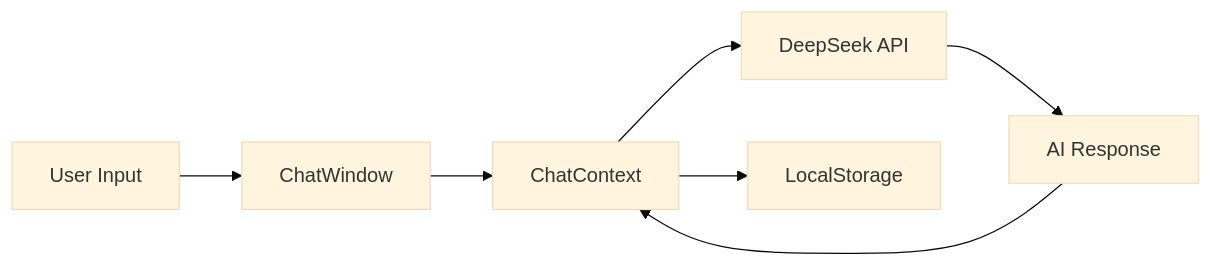
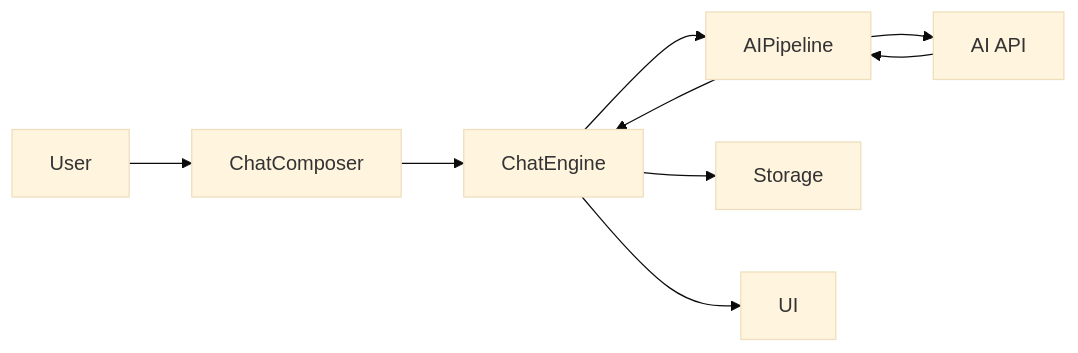
The diagram in README.md (Luckycat133/Chat_Buddy), drawn with Mermaid (base theme) before and after one commit. The commit also changed other lines of this file and 115 other files, not shown here.

````diff
--- a/README.md
+++ b/README.md
@@ -188,9 +183,11 @@
 ```mermaid
 graph LR
-    A[User Input] --> B[ChatWindow]
-    B --> C[ChatContext]
-    C --> D[DeepSeek API]
-    D --> E[AI Response]
-    E --> C
-    C --> F[LocalStorage]
+    A[User] --> B[ChatComposer]
+    B --> C[ChatEngine]
+    C --> D[AIPipeline]
+    D --> E[AI API]
+    E --> D
+    D --> C
+    C --> F[Storage]
+    C --> G[UI]
 ```
````
